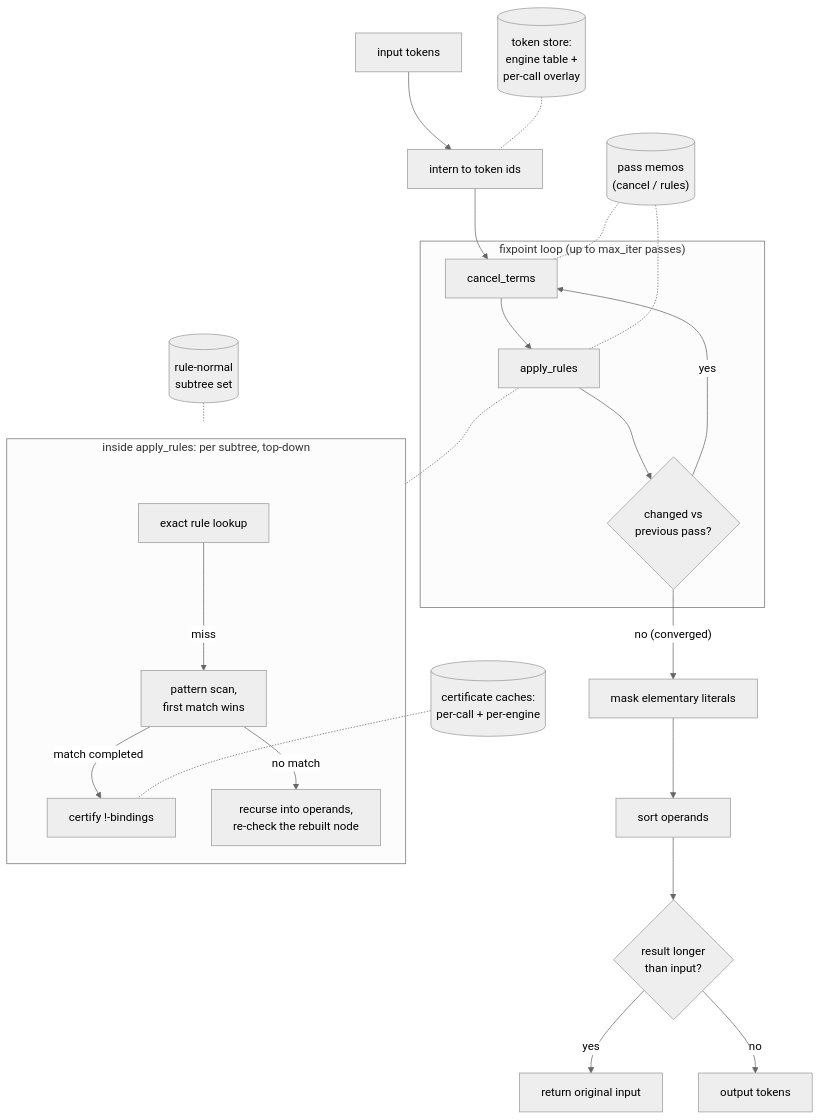
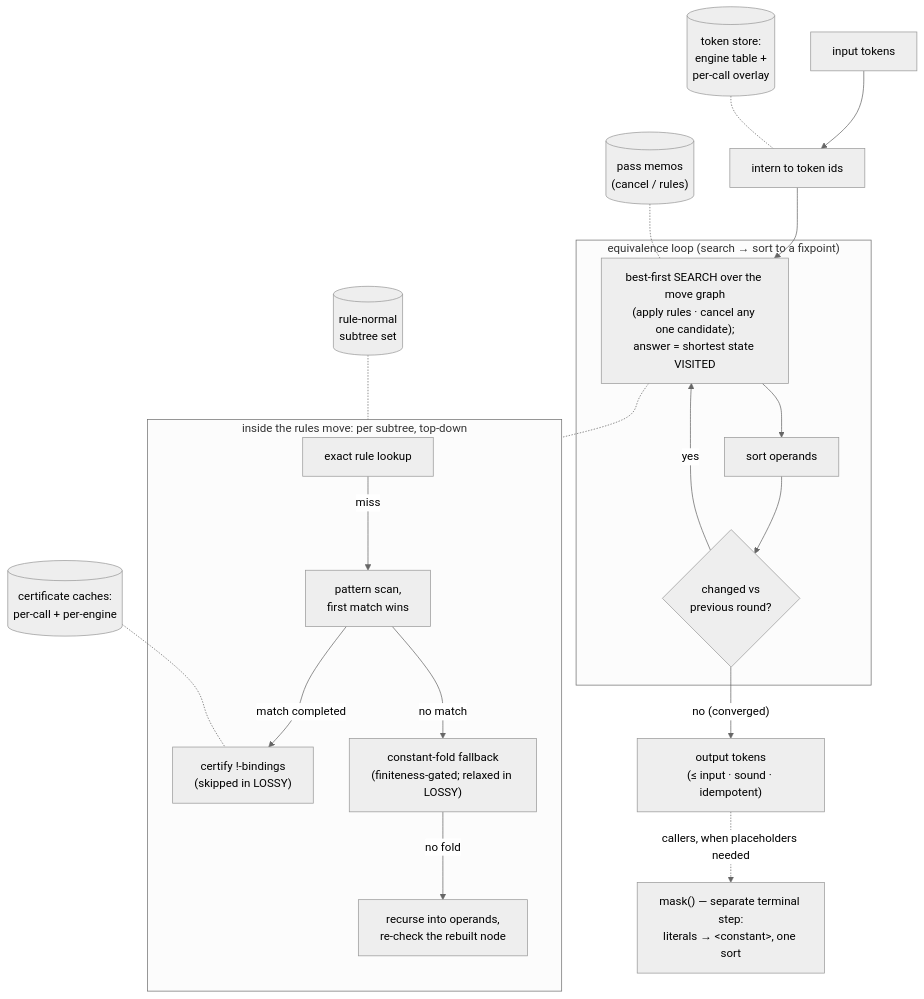
Before and after one commit to psaegert/simplipy: the diagram in docs/index.md, drawn with Mermaid (neutral theme). The commit also changed other lines of this file, not shown here.

First line of the commit message:
docs: update the pipeline for the masking carve-out + document Soundness Modes

````diff
--- a/docs/index.md
+++ b/docs/index.md
@@ -82,28 +96,25 @@
 ```mermaid
 flowchart TD
     IN["input tokens"] --> INTERN["intern to token ids"]
-    INTERN --> CANCEL
-    subgraph LOOP["fixpoint loop (up to max_iter passes)"]
-        CANCEL["cancel_terms"] --> RULES["apply_rules"]
-        RULES --> CONV{"changed vs<br/>previous pass?"}
-        CONV -- yes --> CANCEL
+    INTERN --> SEARCH
+    subgraph LOOP["equivalence loop (search → sort to a fixpoint)"]
+        SEARCH["best-first SEARCH over the move graph<br/>(apply rules · cancel any one candidate);<br/>answer = shortest state VISITED"] --> SORT["sort operands"]
+        SORT --> CONV{"changed vs<br/>previous round?"}
+        CONV -- yes --> SEARCH
     end
-    CONV -- "no (converged)" --> MASK["mask elementary literals"]
-    MASK --> SORT["sort operands"]
-    SORT --> GUARD{"result longer<br/>than input?"}
-    GUARD -- yes --> ORIG["return original input"]
-    GUARD -- no --> OUT["output tokens"]
+    CONV -- "no (converged)" --> OUT["output tokens<br/>(≤ input · sound · idempotent)"]
+    OUT -. "callers, when placeholders needed" .-> MASK["mask() — separate terminal step:<br/>literals → &lt;constant&gt;, one sort"]
 
-    subgraph WALK["inside apply_rules: per subtree, top-down"]
+    subgraph WALK["inside the rules move: per subtree, top-down"]
         EXACT["exact rule lookup"] -- miss --> PATT["pattern scan,<br/>first match wins"]
-        PATT -- "match completed" --> CERT["certify !-bindings"]
-        PATT -- "no match" --> REC["recurse into operands,<br/>re-check the rebuilt node"]
+        PATT -- "match completed" --> CERT["certify !-bindings<br/>(skipped in LOSSY)"]
+        PATT -- "no match" --> FOLD["constant-fold fallback<br/>(finiteness-gated; relaxed in LOSSY)"]
+        FOLD -- "no fold" --> REC["recurse into operands,<br/>re-check the rebuilt node"]
     end
-    RULES -.- WALK
+    SEARCH -.- WALK
 
     STORE[("token store:<br/>engine table +<br/>per-call overlay")] -.- INTERN
-    PMEMO[("pass memos<br/>(cancel / rules)")] -.- CANCEL
-    PMEMO -.- RULES
+    PMEMO[("pass memos<br/>(cancel / rules)")] -.- SEARCH
     NF[("rule-normal<br/>subtree set")] -.- WALK
     CCACHE[("certificate caches:<br/>per-call + per-engine")] -.- CERT
 ```
````
